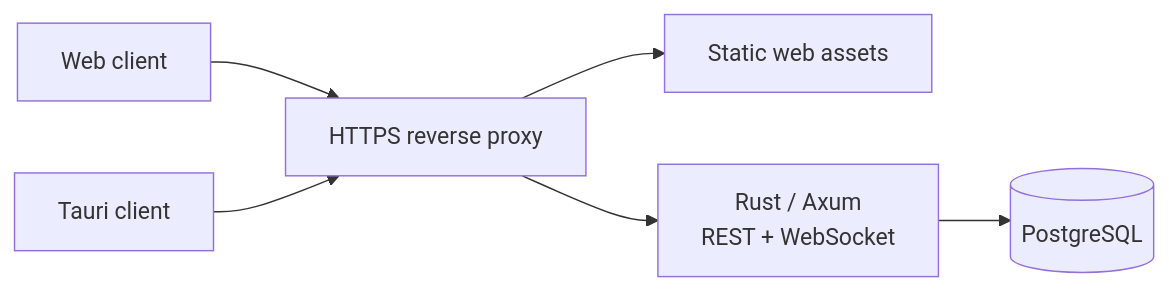
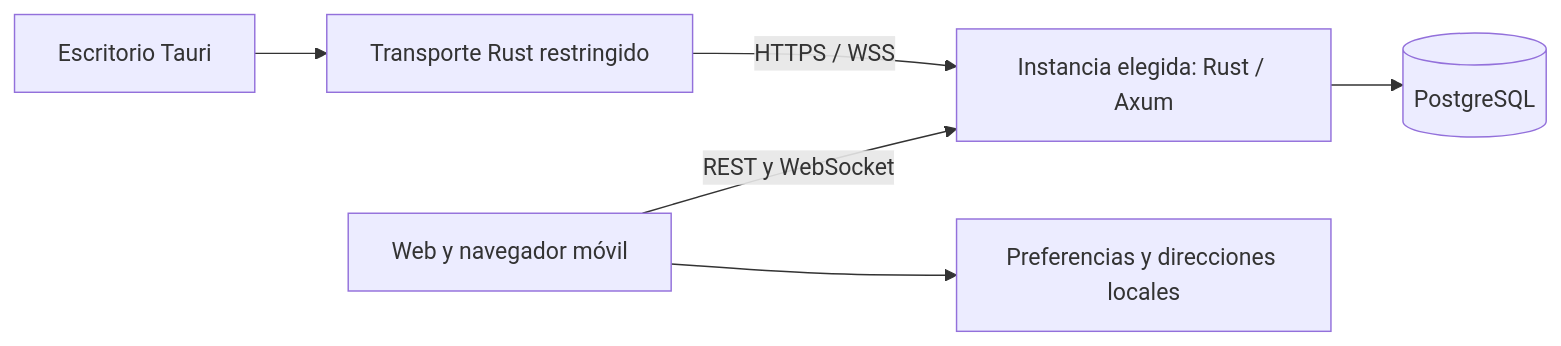
The diagram in docs/architecture.md (ImPaul17/nu.vex), drawn with Mermaid before and after one commit. The commit also changed other lines of this file and 55 other files, not shown here.

````diff
--- a/docs/architecture.md
+++ b/docs/architecture.md
@@ -43,8 +7,8 @@
 ```mermaid
 flowchart LR
-  Web[Web client] --> Proxy[HTTPS reverse proxy]
-  Desktop[Tauri client] --> Proxy
-  Proxy --> Static[Static web assets]
-  Proxy --> API[Rust / Axum\nREST + WebSocket]
-  API --> DB[(PostgreSQL)]
+  W[Web y navegador móvil] -->|REST y WebSocket| I[Instancia elegida: Rust / Axum]
+  D[Escritorio Tauri] --> T[Transporte Rust restringido]
+  T -->|HTTPS / WSS| I
+  I --> P[(PostgreSQL)]
+  W --> L[Preferencias y direcciones locales]
 ```
````
